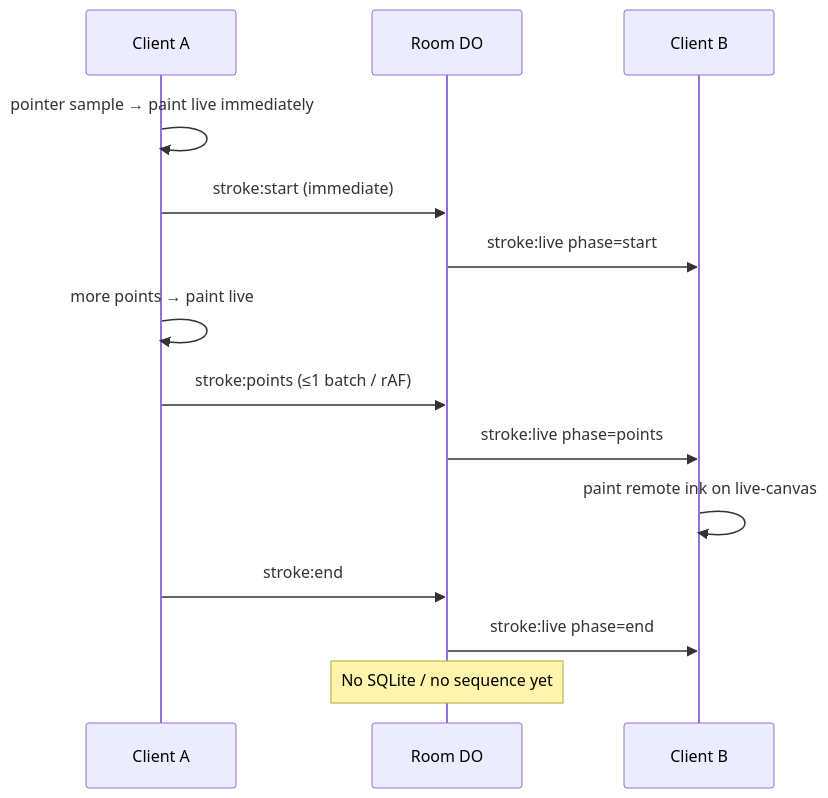
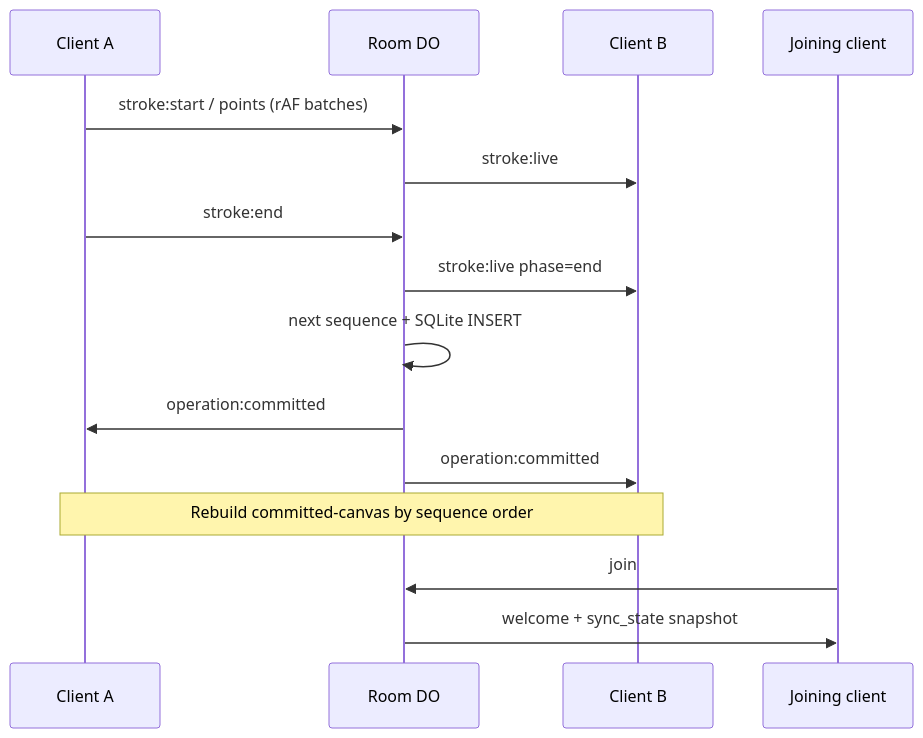
The second of 2 diagrams in ARCHITECTURE.md (Venkat-Kolasani/Loomline), drawn with Mermaid before and after one commit. The commit also changed other lines of this file and 8 other files, not shown here.

````diff
--- a/ARCHITECTURE.md
+++ b/ARCHITECTURE.md
@@ -25,16 +25,17 @@
 ```mermaid
 sequenceDiagram
   participant A as Client A
   participant DO as Room DO
   participant B as Client B
-  A->>A: pointer sample → paint live immediately
-  A->>DO: stroke:start (immediate)
-  DO->>B: stroke:live phase=start
-  A->>A: more points → paint live
-  A->>DO: stroke:points (≤1 batch / rAF)
-  DO->>B: stroke:live phase=points
-  B->>B: paint remote ink on live-canvas
+  A->>DO: stroke:start / points (rAF batches)
+  DO->>B: stroke:live
   A->>DO: stroke:end
   DO->>B: stroke:live phase=end
-  Note over DO: No SQLite / no sequence yet
+  DO->>DO: next sequence + SQLite INSERT
+  DO->>A: operation:committed
+  DO->>B: operation:committed
+  Note over A,B: Rebuild committed-canvas by sequence order
+  participant C as Joining client
+  C->>DO: join
+  DO->>C: welcome + sync_state snapshot
 ```
````
